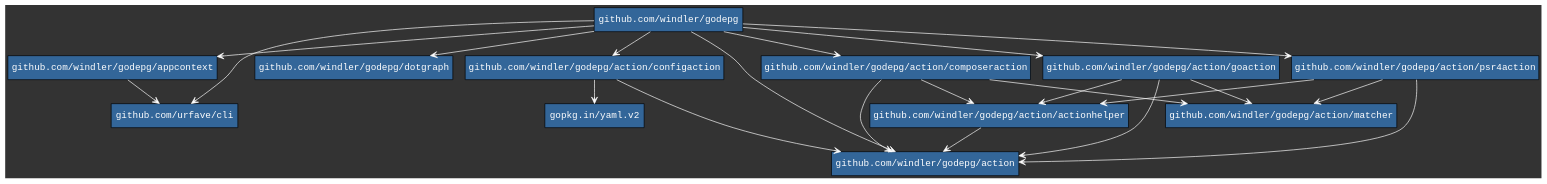
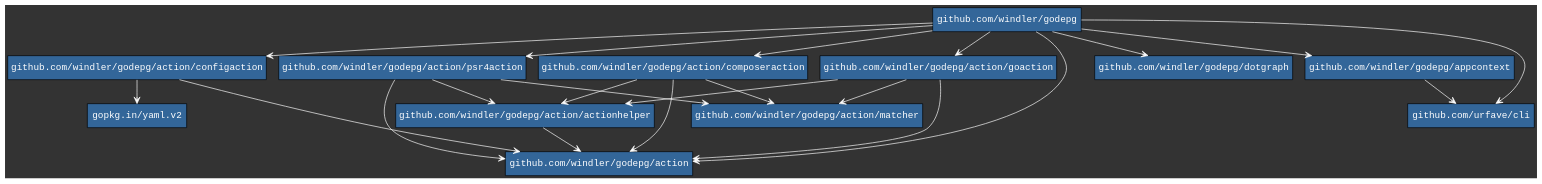
The diagram in deps.png.dot (windler/godepg), drawn with Graphviz before and after one commit. The commit also changed 14 other files, not shown here.

```diff
--- a/deps.png.dot
+++ b/deps.png.dot
@@ -1,35 +1,36 @@
 digraph godepg {
 graph [bgcolor="#333333"]
-node [style="filled" fontcolor="white" fontname="Courier" shape="rectangle" fillcolor="#336699"]
+node [shape="rectangle" fillcolor="#336699" style="filled" fontcolor="white" fontname="Courier"]
+edge [fontcolor="white" splines="curved" arrowhead="open" color="white"]
+"github.com/windler/godepg/action/configaction"
+"github.com/windler/godepg/action/configaction"->"github.com/windler/godepg/action"
+"github.com/windler/godepg/action/configaction"->"gopkg.in/yaml.v2"
+"github.com/windler/godepg/action/matcher"
+"github.com/windler/godepg/action/psr4action"
+"github.com/windler/godepg/action/psr4action"->"github.com/windler/godepg/action"
+"github.com/windler/godepg/action/psr4action"->"github.com/windler/godepg/action/actionhelper"
+"github.com/windler/godepg/action/psr4action"->"github.com/windler/godepg/action/matcher"
+"github.com/windler/godepg/dotgraph"
+"github.com/windler/godepg/action/actionhelper"
+"github.com/windler/godepg/action/actionhelper"->"github.com/windler/godepg/action"
+"github.com/windler/godepg/action"
+"github.com/windler/godepg/action/composeraction"
+"github.com/windler/godepg/action/composeraction"->"github.com/windler/godepg/action"
+"github.com/windler/godepg/action/composeraction"->"github.com/windler/godepg/action/actionhelper"
+"github.com/windler/godepg/action/composeraction"->"github.com/windler/godepg/action/matcher"
+"github.com/windler/godepg/action/goaction"
+"github.com/windler/godepg/action/goaction"->"github.com/windler/godepg/action"
+"github.com/windler/godepg/action/goaction"->"github.com/windler/godepg/action/actionhelper"
+"github.com/windler/godepg/action/goaction"->"github.com/windler/godepg/action/matcher"
 "github.com/windler/godepg/appcontext"
-"github.com/windler/godepg/appcontext"->"github.com/urfave/cli"[arrowhead="open" color="white" fontcolor="white" splines="curved"]
-"github.com/windler/godepg/dotgraph"
+"github.com/windler/godepg/appcontext"->"github.com/urfave/cli"
 "github.com/windler/godepg"
-"github.com/windler/godepg"->"github.com/urfave/cli"[arrowhead="open" color="white" fontcolor="white" splines="curved"]
-"github.com/windler/godepg"->"github.com/windler/godepg/action"[arrowhead="open" color="white" fontcolor="white" splines="curved"]
-"github.com/windler/godepg"->"github.com/windler/godepg/action/composeraction"[arrowhead="open" color="white" fontcolor="white" splines="curved"]
-"github.com/windler/godepg"->"github.com/windler/godepg/action/configaction"[arrowhead="open" color="white" fontcolor="white" splines="curved"]
-"github.com/windler/godepg"->"github.com/windler/godepg/action/goaction"[arrowhead="open" color="white" fontcolor="white" splines="curved"]
-"github.com/windler/godepg"->"github.com/windler/godepg/action/psr4action"[arrowhead="open" color="white" fontcolor="white" splines="curved"]
-"github.com/windler/godepg"->"github.com/windler/godepg/appcontext"[arrowhead="open" color="white" fontcolor="white" splines="curved"]
-"github.com/windler/godepg"->"github.com/windler/godepg/dotgraph"[arrowhead="open" color="white" fontcolor="white" splines="curved"]
-"github.com/windler/godepg/action/composeraction"
-"github.com/windler/godepg/action/composeraction"->"github.com/windler/godepg/action"[color="white" fontcolor="white" splines="curved" arrowhead="open"]
-"github.com/windler/godepg/action/composeraction"->"github.com/windler/godepg/action/actionhelper"[fontcolor="white" splines="curved" arrowhead="open" color="white"]
-"github.com/windler/godepg/action/composeraction"->"github.com/windler/godepg/action/matcher"[arrowhead="open" color="white" fontcolor="white" splines="curved"]
-"github.com/windler/godepg/action/goaction"
-"github.com/windler/godepg/action/goaction"->"github.com/windler/godepg/action"[splines="curved" arrowhead="open" color="white" fontcolor="white"]
-"github.com/windler/godepg/action/goaction"->"github.com/windler/godepg/action/actionhelper"[fontcolor="white" splines="curved" arrowhead="open" color="white"]
-"github.com/windler/godepg/action/goaction"->"github.com/windler/godepg/action/matcher"[arrowhead="open" color="white" fontcolor="white" splines="curved"]
-"github.com/windler/godepg/action/psr4action"
-"github.com/windler/godepg/action/psr4action"->"github.com/windler/godepg/action"[fontcolor="white" splines="curved" arrowhead="open" color="white"]
-"github.com/windler/godepg/action/psr4action"->"github.com/windler/godepg/action/actionhelper"[color="white" fontcolor="white" splines="curved" arrowhead="open"]
-"github.com/windler/godepg/action/psr4action"->"github.com/windler/godepg/action/matcher"[splines="curved" arrowhead="open" color="white" fontcolor="white"]
-"github.com/windler/godepg/action"
-"github.com/windler/godepg/action/actionhelper"
-"github.com/windler/godepg/action/actionhelper"->"github.com/windler/godepg/action"[arrowhead="open" color="white" fontcolor="white" splines="curved"]
-"github.com/windler/godepg/action/configaction"
-"github.com/windler/godepg/action/configaction"->"github.com/windler/godepg/action"[color="white" fontcolor="white" splines="curved" arrowhead="open"]
-"github.com/windler/godepg/action/configaction"->"gopkg.in/yaml.v2"[arrowhead="open" color="white" fontcolor="white" splines="curved"]
-"github.com/windler/godepg/action/matcher"
+"github.com/windler/godepg"->"github.com/urfave/cli"
+"github.com/windler/godepg"->"github.com/windler/godepg/action"
+"github.com/windler/godepg"->"github.com/windler/godepg/action/composeraction"
+"github.com/windler/godepg"->"github.com/windler/godepg/action/configaction"
+"github.com/windler/godepg"->"github.com/windler/godepg/action/goaction"
+"github.com/windler/godepg"->"github.com/windler/godepg/action/psr4action"
+"github.com/windler/godepg"->"github.com/windler/godepg/appcontext"
+"github.com/windler/godepg"->"github.com/windler/godepg/dotgraph"
 }
```
